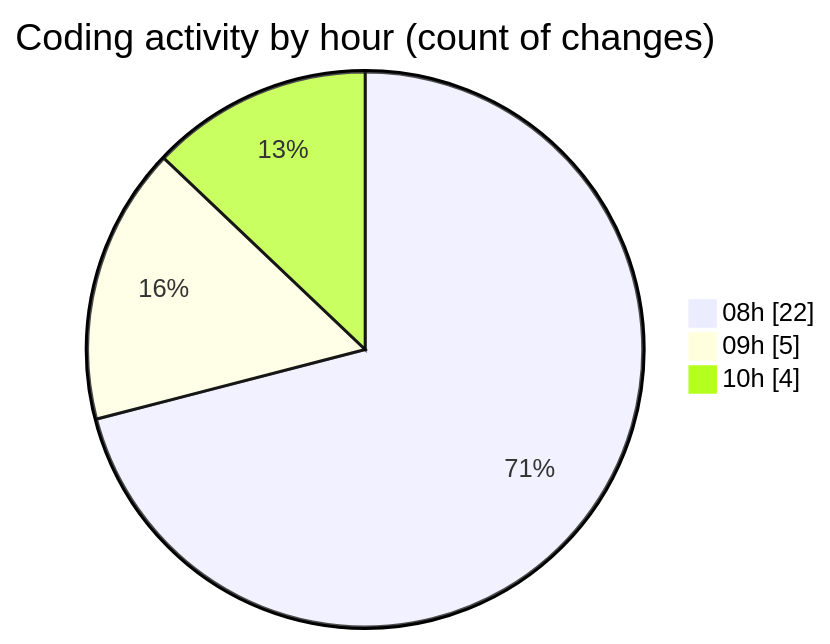
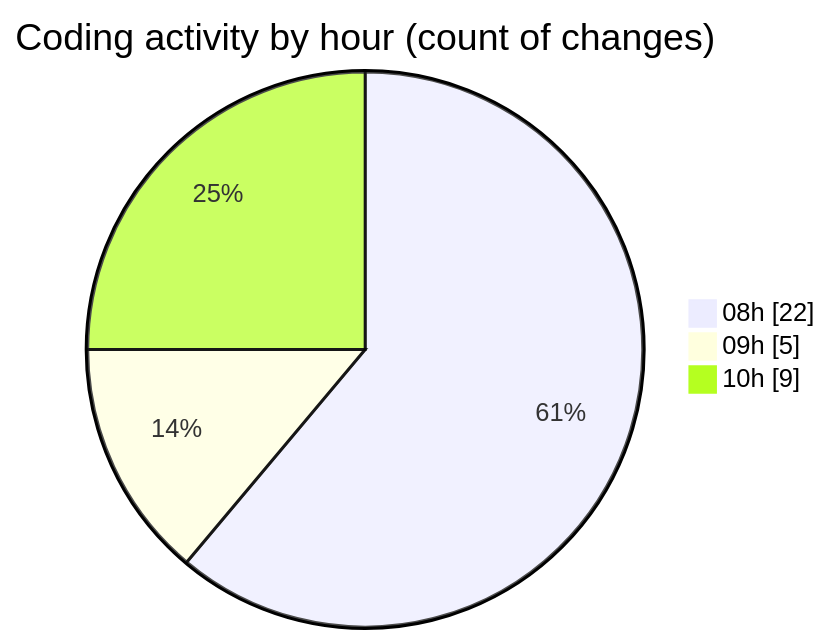
One commit to robertbonfada/code-tracking changed the second of 2 diagrams in 2025-02-17/mbc-web/README.md. Above: the diagram before and after it, drawn with Mermaid. The commit also changed other lines of this file and 1 other file, not shown here.

````diff
--- a/2025-02-17/mbc-web/README.md
+++ b/2025-02-17/mbc-web/README.md
@@ -37,7 +38,7 @@
 ```mermaid
 pie showData
 title Coding activity by hour (count of changes)
 "08h" : 22
 "09h" : 5
-"10h" : 4
+"10h" : 9
 ```
````
